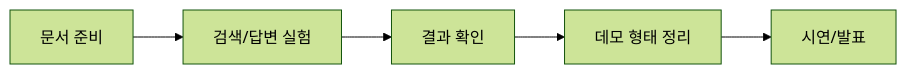
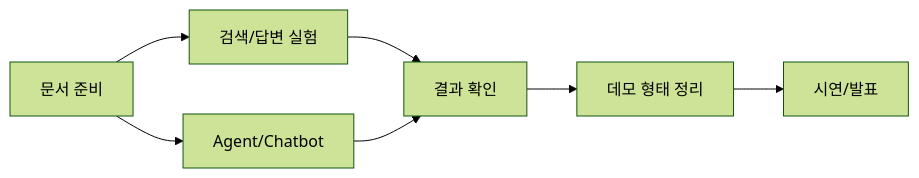
One commit to Codeit-Part3-6Team/Codeit-Part3-6Team-Project changed the diagram in docs/team/README.md. Above: the diagram before and after it, drawn with Mermaid (forest theme). The commit also changed other lines of this file and 19 other files, not shown here.

Commit message:
docs: 20개 문서 Agent/Chatbot 반영 — 경로 수정, 신규 모듈 추가, 산출물 갱신

````diff
--- a/docs/team/README.md
+++ b/docs/team/README.md
@@ -33,7 +33,9 @@
 ```mermaid
 flowchart LR
   A["문서 준비"] --> B["검색/답변 실험"]
   B --> C["결과 확인"]
   C --> D["데모 형태 정리"]
   D --> E["시연/발표"]
+  A --> F["Agent/Chatbot"]
+  F --> C
 ```
````
